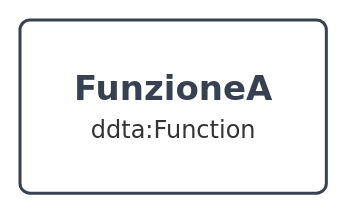
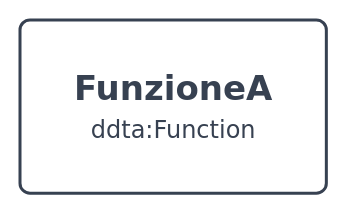
The second of 26 diagrams in ontologies/core/DDTA_CORE_VISUALIZATION.md (nballestriero/tesiStabile), drawn with Mermaid before and after one commit. The commit also changed other lines of this file and 4 other files, not shown here.

````diff
--- a/ontologies/core/DDTA_CORE_VISUALIZATION.md
+++ b/ontologies/core/DDTA_CORE_VISUALIZATION.md
@@ -200,6 +263,7 @@
 ```mermaid
-%%{init: {"htmlLabels":true,"theme":"base"}}%%
+%%{init: {"htmlLabels":true,"theme":"base","layout":"elk"}}%%
 flowchart TB
-    O_5229dc1eb3f1e0("<div style='display:inline-block;text-align:center;white-space:nowrap;line-height:1.4;padding:8px 12px;background:transparent;opacity:1;color:#374151'><span style='display:block;text-align:center;font-size:17px;font-weight:700;color:#374151'>FunzioneA</span><span style='display:block;text-align:center;font-size:12px;font-weight:400;color:#374151'>ddta:Function</span></div>")
-    style O_5229dc1eb3f1e0 fill:#FFFFFF,stroke:#374151,color:#374151,stroke-width:1.5px
+    O_0a701cf71b1c16("<div style='display:inline-block;text-align:center;white-space:nowrap;line-height:1.4;padding:8px 12px;background:transparent;opacity:1;color:#374151'><span style='display:block;text-align:center;font-size:17px;font-weight:700;color:#374151'>FunzioneA</span><span style='display:block;text-align:center;font-size:12px;font-weight:400;color:#374151'>ddta:Function</span></div>")
+    classDef DDTA_C_1a97e3c85c24 fill:#FFFFFF,stroke:#374151,color:#374151,stroke-width:1.5px
+    class O_0a701cf71b1c16 DDTA_C_1a97e3c85c24
 ```
````
